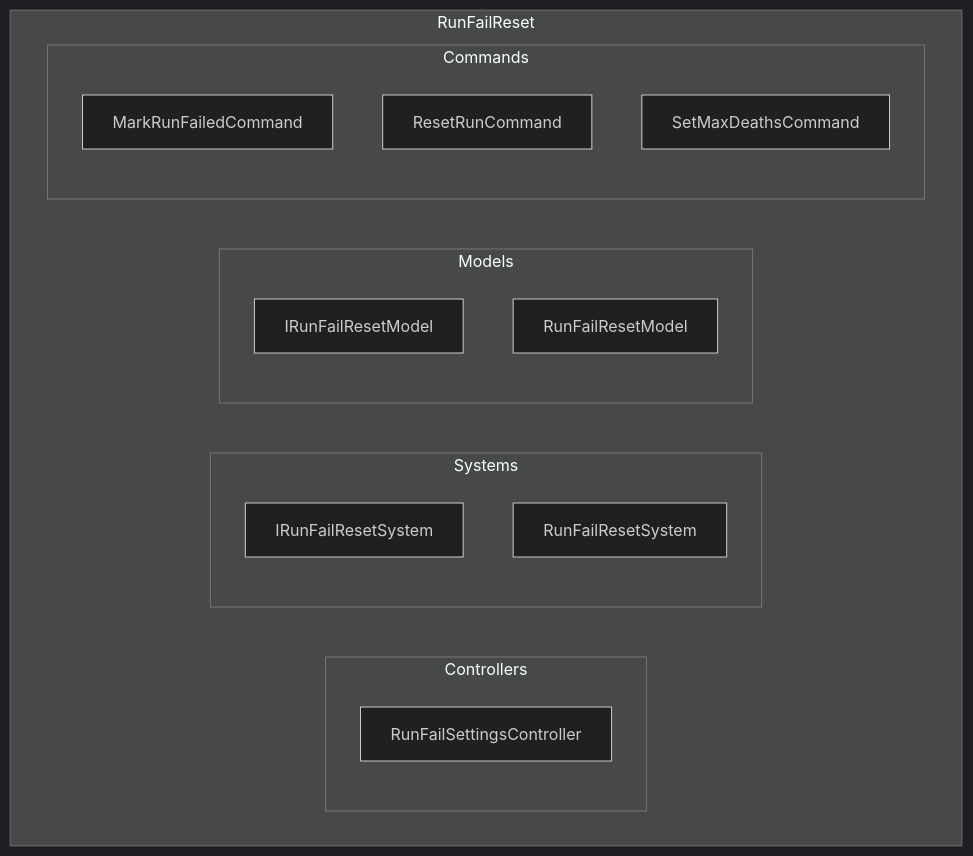
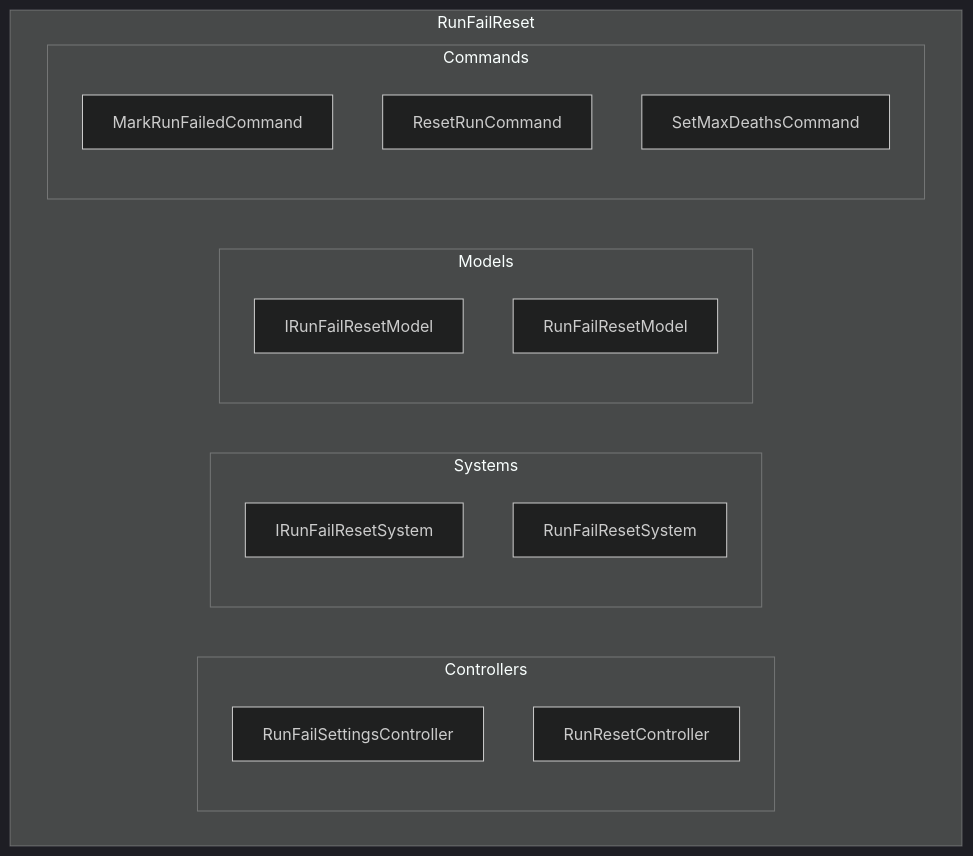
Before and after one commit to tja688/ThatGameJam: the diagram in Assets/ArchitectureScanResults/Features/RunFailReset/L1_internal.mmd, drawn with Mermaid (dark theme). The commit also changed 25 other files, not shown here.

```diff
--- a/Assets/ArchitectureScanResults/Features/RunFailReset/L1_internal.mmd
+++ b/Assets/ArchitectureScanResults/Features/RunFailReset/L1_internal.mmd
@@ -1,20 +1,21 @@
 %% L1 RunFailReset Internal
 graph TD
     subgraph RunFailReset
         subgraph Controllers
             Controller::RunFailSettingsController["RunFailSettingsController"]
+            Controller::RunResetController["RunResetController"]
         end
         subgraph Systems
             System::IRunFailResetSystem["IRunFailResetSystem"]
             System::RunFailResetSystem["RunFailResetSystem"]
         end
         subgraph Models
             Model::IRunFailResetModel["IRunFailResetModel"]
             Model::RunFailResetModel["RunFailResetModel"]
         end
         subgraph Commands
             Command::MarkRunFailedCommand["MarkRunFailedCommand"]
             Command::ResetRunCommand["ResetRunCommand"]
             Command::SetMaxDeathsCommand["SetMaxDeathsCommand"]
         end
     end
```
